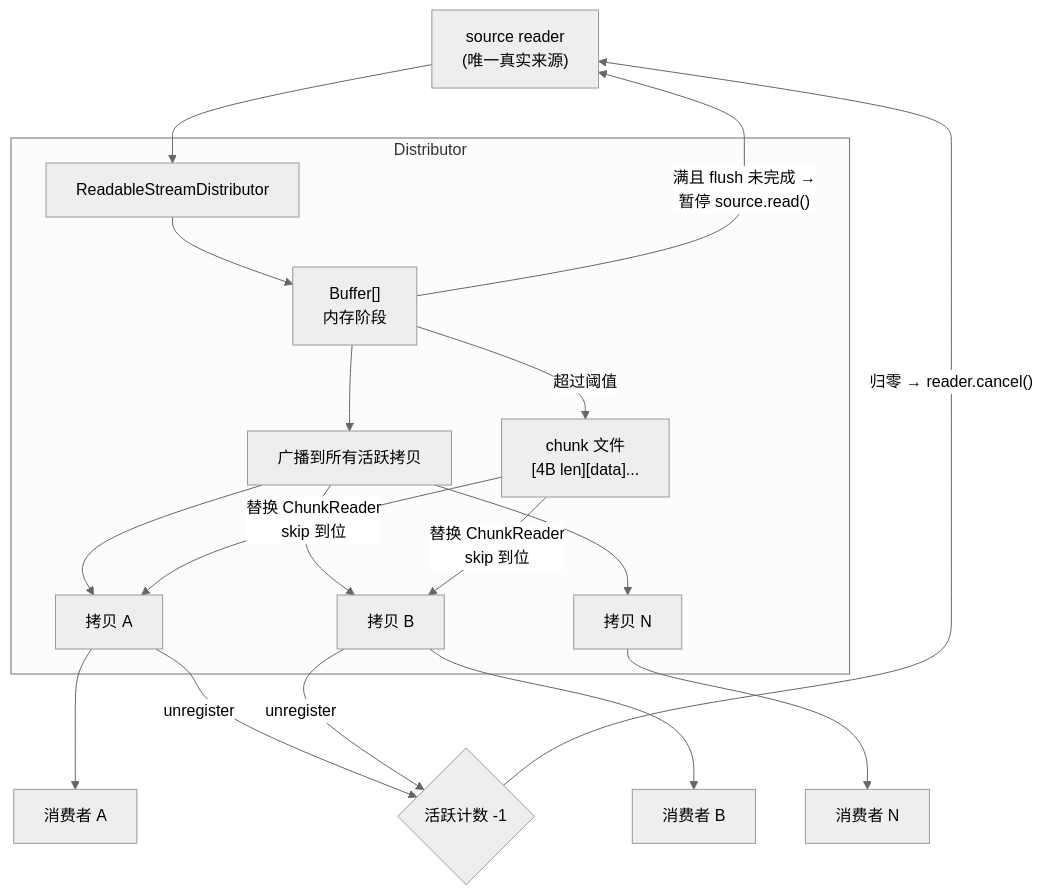
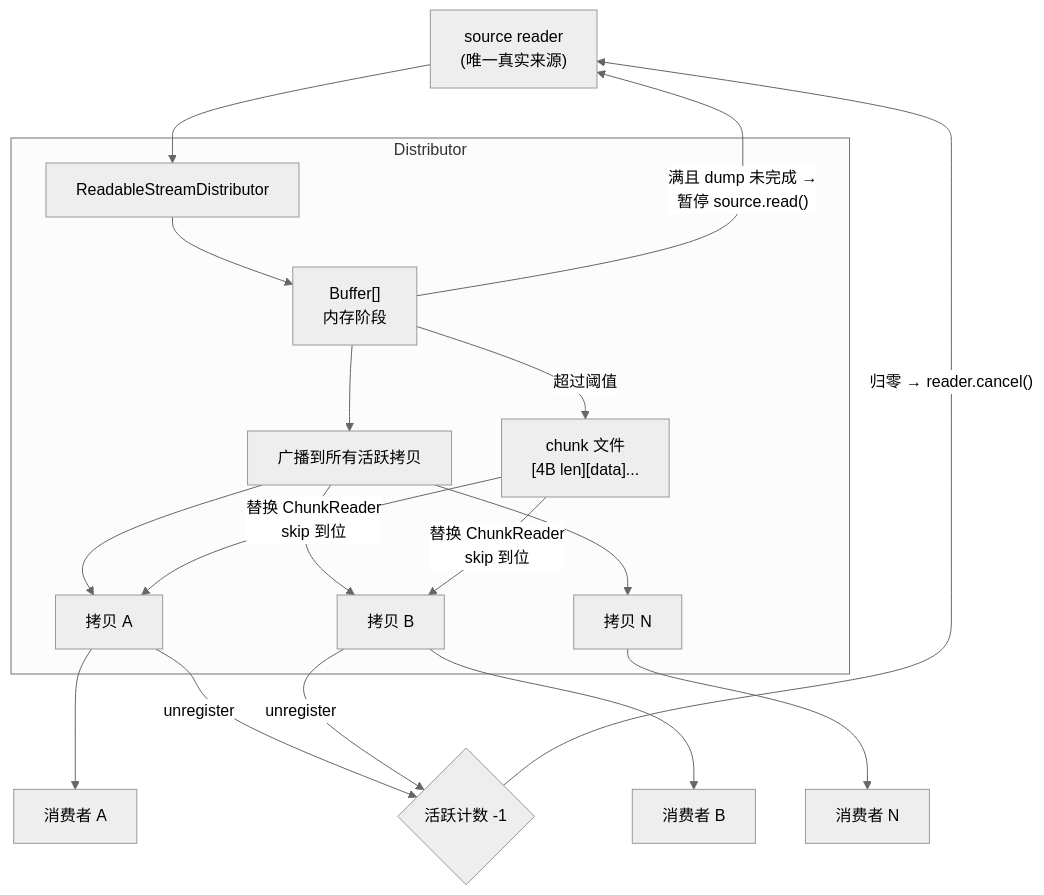
Before and after one commit to produck/node-readable-stream-distributor: the first of 5 diagrams in DESIGN.md, drawn with Mermaid (neutral theme). The commit also changed other lines of this file and 4 other files, not shown here.

````diff
--- a/DESIGN.md
+++ b/DESIGN.md
@@ -86,25 +86,25 @@
 ```mermaid
 graph TD
     SOURCE["source reader<br/>(唯一真实来源)"] --> DIST[ReadableStreamDistributor]
 
     subgraph Distributor
         DIST --> BUFFER["Buffer[]<br/>内存阶段"]
         BUFFER --> BROADCAST["广播到所有活跃拷贝"]
         BROADCAST --> COPY_A["拷贝 A"]
         BROADCAST --> COPY_B["拷贝 B"]
         BROADCAST --> COPY_N["拷贝 N"]
 
         BUFFER -- "超过阈值" --> FILE["chunk 文件<br/>[4B len][data]..."]
         FILE -- "替换 ChunkReader<br/>skip 到位" --> COPY_A
         FILE -- "替换 ChunkReader<br/>skip 到位" --> COPY_B
     end
 
     COPY_A --> CONSUMER_A["消费者 A"]
     COPY_B --> CONSUMER_B["消费者 B"]
     COPY_N --> CONSUMER_N["消费者 N"]
 
-    BUFFER -- "满且 flush 未完成 →<br/>暂停 source.read()" --> SOURCE
+    BUFFER -- "满且 dump 未完成 →<br/>暂停 source.read()" --> SOURCE
     COPY_A -- "unregister" --> COUNTER{"活跃计数 -1"}
     COPY_B -- "unregister" --> COUNTER
     COUNTER -- "归零 → reader.cancel()" --> SOURCE
 ```
````
